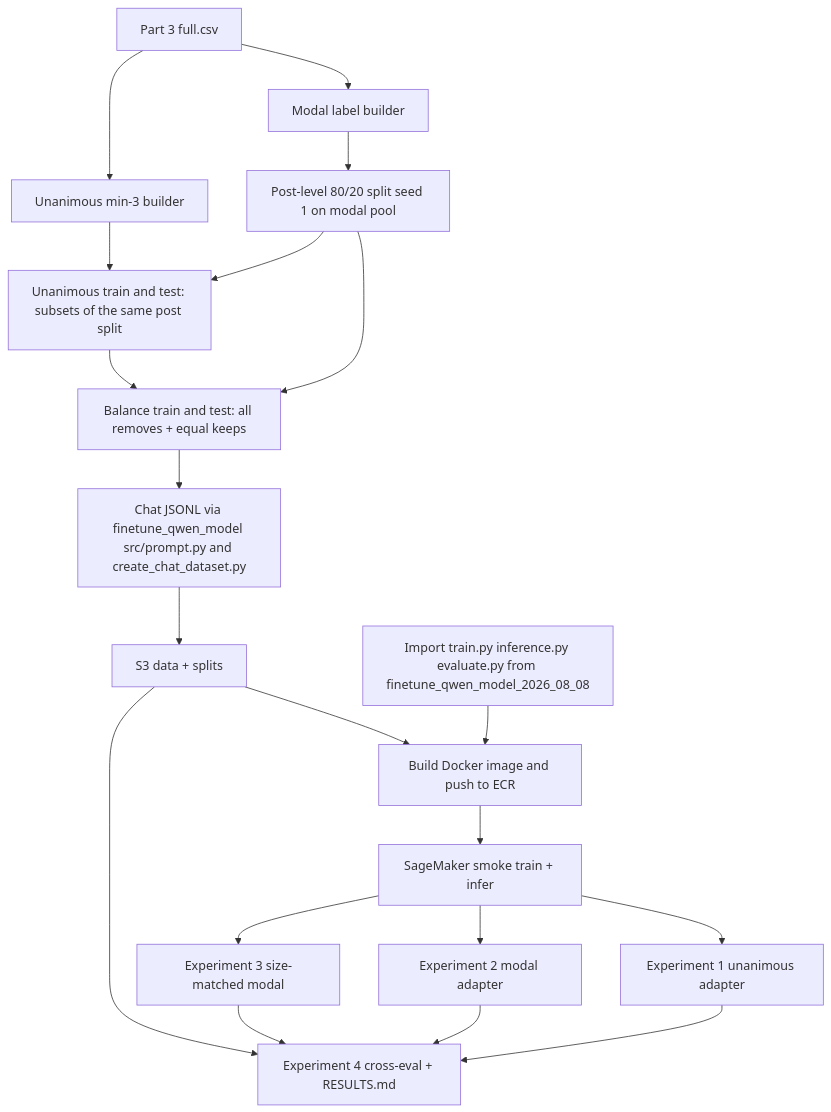
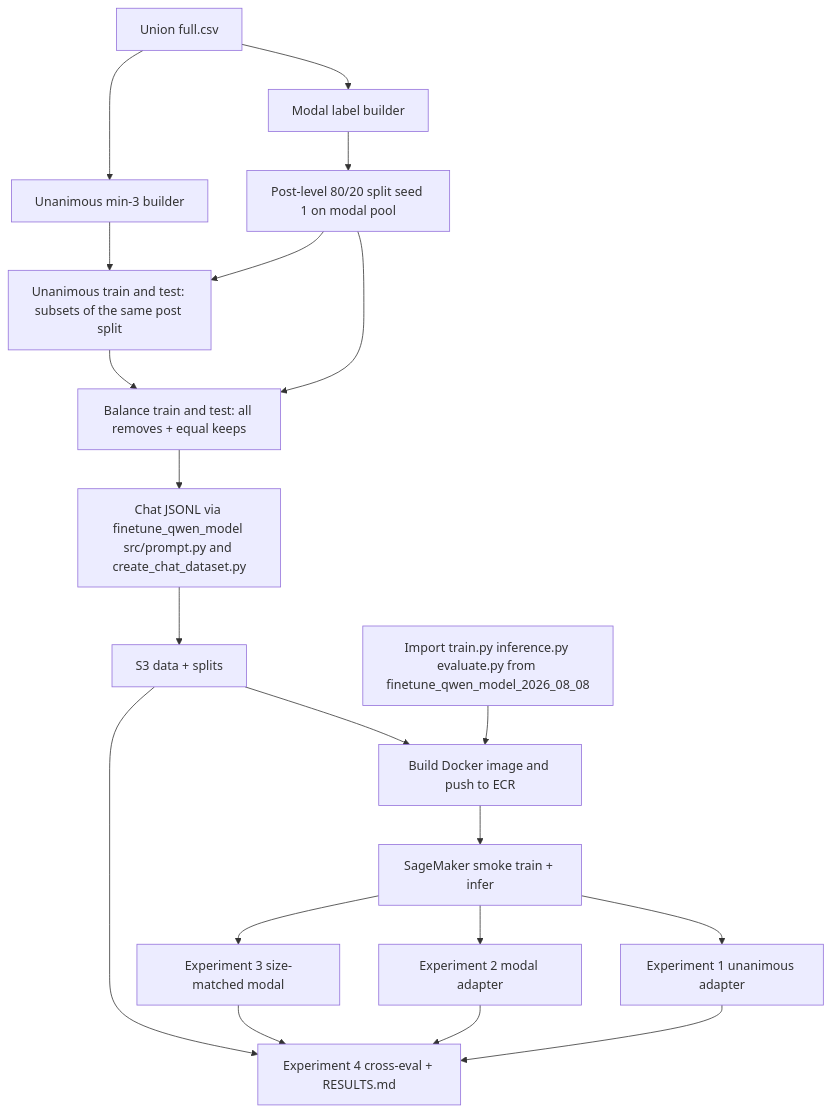
One commit to METResearchGroup/mirrorView-task changed the diagram in docs/plans/2026-09-24_finetune_lora_phase2_part3_c5bcbf/plan.md. Above: the diagram before and after it, drawn with Mermaid. The commit also changed other lines of this file and 7 other files, not shown here.

Commit message:
Update Part 3 LoRA plan for Part 2 and Part 3 union data

````diff
--- a/docs/plans/2026-09-24_finetune_lora_phase2_part3_c5bcbf/plan.md
+++ b/docs/plans/2026-09-24_finetune_lora_phase2_part3_c5bcbf/plan.md
@@ -25,35 +26,35 @@
 ```mermaid
 flowchart TD
-  raw[Part 3 full.csv]
+  raw[Union full.csv]
   modal[Modal label builder]
   uni[Unanimous min-3 builder]
   posts[Post-level 80/20 split seed 1 on modal pool]
   bal[Balance train and test: all removes + equal keeps]
   chat[Chat JSONL via finetune_qwen_model src/prompt.py and create_chat_dataset.py]
   s3[S3 data + splits]
   docker[Build Docker image and push to ECR]
   smoke[SageMaker smoke train + infer]
   e1[Experiment 1 unanimous adapter]
   e2[Experiment 2 modal adapter]
   e3[Experiment 3 size-matched modal]
   e4[Experiment 4 cross-eval + RESULTS.md]
   prior[Import train.py inference.py evaluate.py from finetune_qwen_model_2026_08_08]
   sub[Unanimous train and test: subsets of the same post split]
   raw --> modal --> posts
   raw --> uni
   posts --> bal
   posts --> sub
   uni --> sub
   sub --> bal
   bal --> chat --> s3
   prior --> docker
   s3 --> docker
   docker --> smoke
   smoke --> e1
   smoke --> e2
   smoke --> e3
   s3 --> e4
   e1 --> e4
   e2 --> e4
   e3 --> e4
 ```
````
